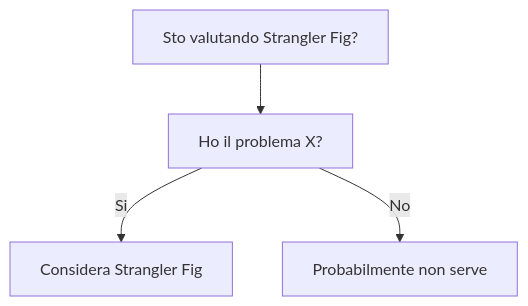
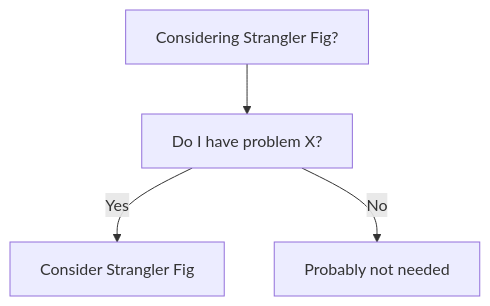
Before and after one commit to HxT9/Software-Dev-Wiki: the diagram in dev-wiki/02_Architecture/Strangler_Fig/When_To_Use.md, drawn with Mermaid. The commit also changed other lines of this file and 3444 other files, not shown here.

````diff
--- a/dev-wiki/02_Architecture/Strangler_Fig/When_To_Use.md
+++ b/dev-wiki/02_Architecture/Strangler_Fig/When_To_Use.md
@@ -19,6 +19,6 @@
 ```mermaid
 flowchart TD
-  Q[Sto valutando Strangler Fig?] --> Q1[Ho il problema X?]
-  Q1 -->|Si| OK[Considera Strangler Fig]
-  Q1 -->|No| NO[Probabilmente non serve]
+  Q[Considering Strangler Fig?] --> Q1[Do I have problem X?]
+  Q1 -->|Yes| OK[Consider Strangler Fig]
+  Q1 -->|No| NO[Probably not needed]
 ```
````
